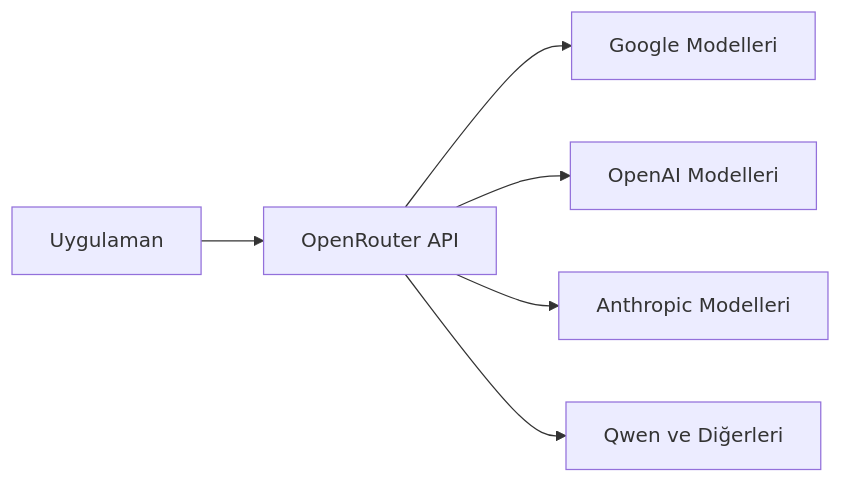
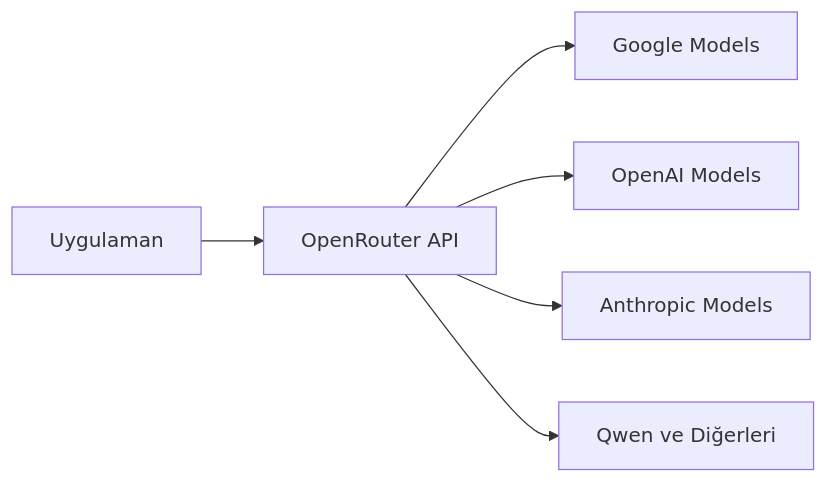
Before and after one commit to lokumai/ai-engineering-bazaar: the second of 3 diagrams in sections/1_fundamentals/1_llms_tr.md, drawn with Mermaid. The commit also changed other lines of this file and 4 other files, not shown here.

````diff
--- a/sections/1_fundamentals/1_llms_tr.md
+++ b/sections/1_fundamentals/1_llms_tr.md
@@ -235,8 +237,8 @@
 ```mermaid
 graph LR
     A[Uygulaman] --> B[OpenRouter API]
-    B --> C[Google Modelleri]
-    B --> D[OpenAI Modelleri]
-    B --> E[Anthropic Modelleri]
+    B --> C[Google Models]
+    B --> D[OpenAI Models]
+    B --> E[Anthropic Models]
     B --> F["Qwen ve Diğerleri"]
 ```
````
